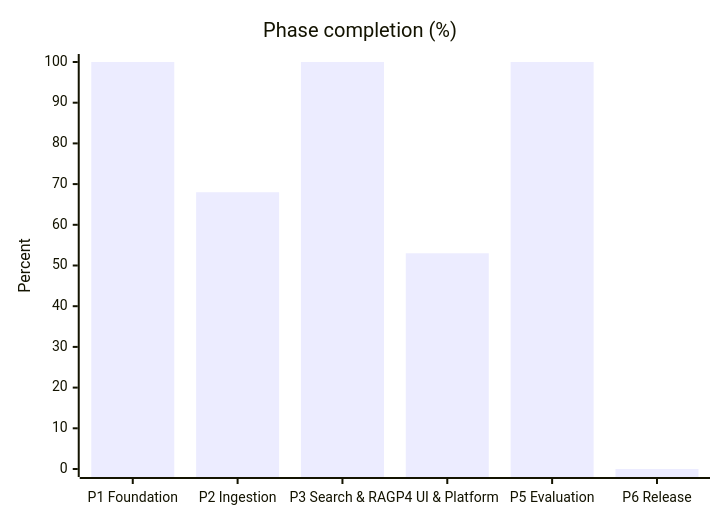
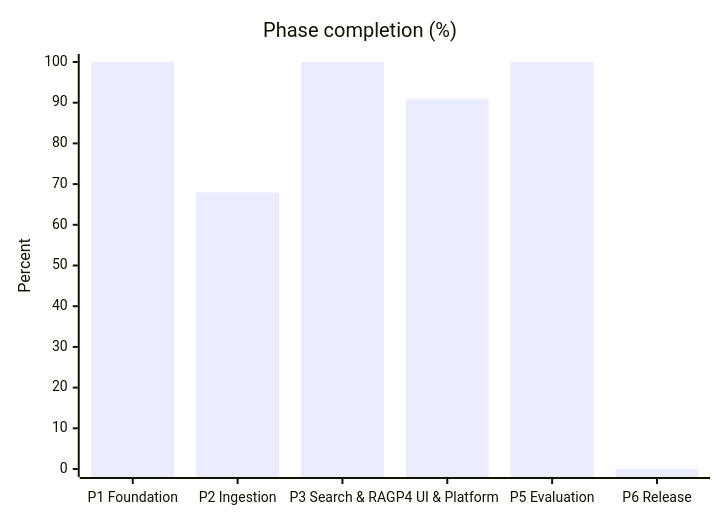
Before and after one commit to artis2021/Drishti: the diagram in docs/IMPLEMENTATION_STATUS.md, drawn with Mermaid. The commit also changed other lines of this file and 12 other files, not shown here.

First line of the commit message:
feat(graph): Implement EPIC-09 Neo4j dependency graph (#25)

````diff
--- a/docs/IMPLEMENTATION_STATUS.md
+++ b/docs/IMPLEMENTATION_STATUS.md
@@ -34,7 +34,7 @@
 ```mermaid
 xychart-beta
     title "Phase completion (%)"
     x-axis ["P1 Foundation", "P2 Ingestion", "P3 Search & RAG", "P4 UI & Platform", "P5 Evaluation", "P6 Release"]
     y-axis "Percent" 0 --> 100
-    bar [100, 68, 100, 53, 100, 0]
+    bar [100, 68, 100, 91, 100, 0]
 ```
````
